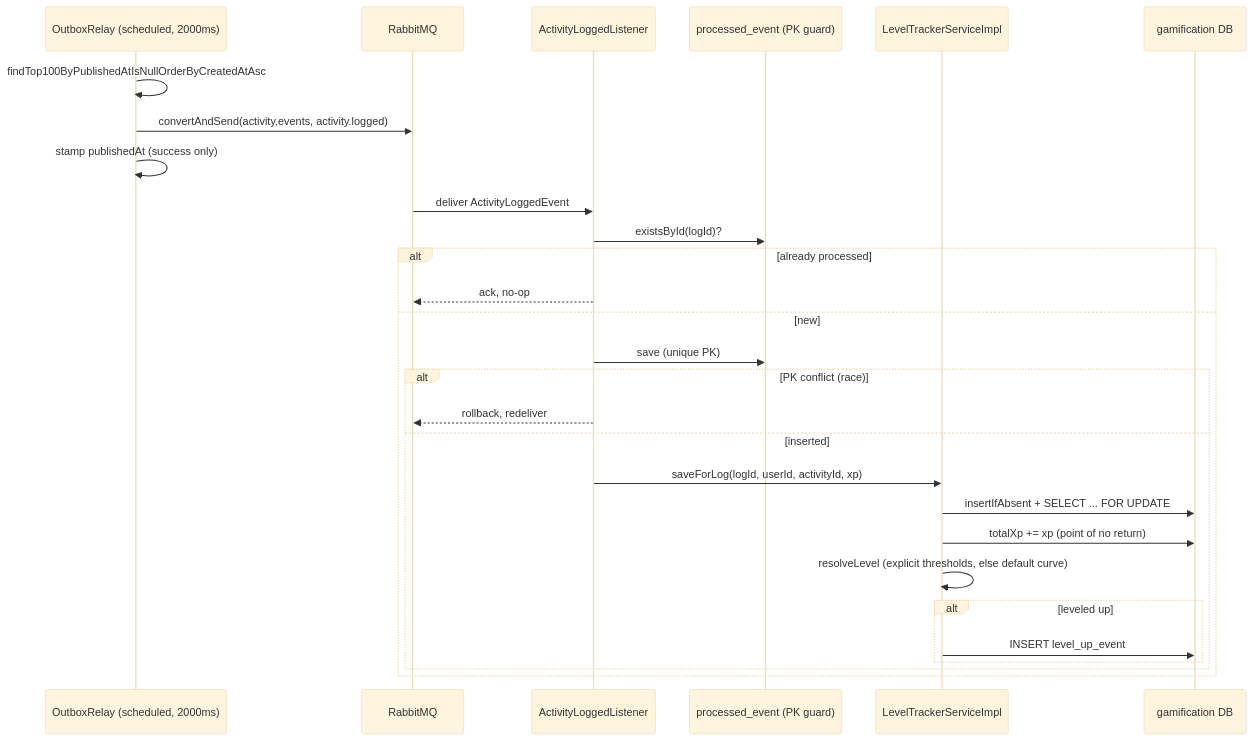
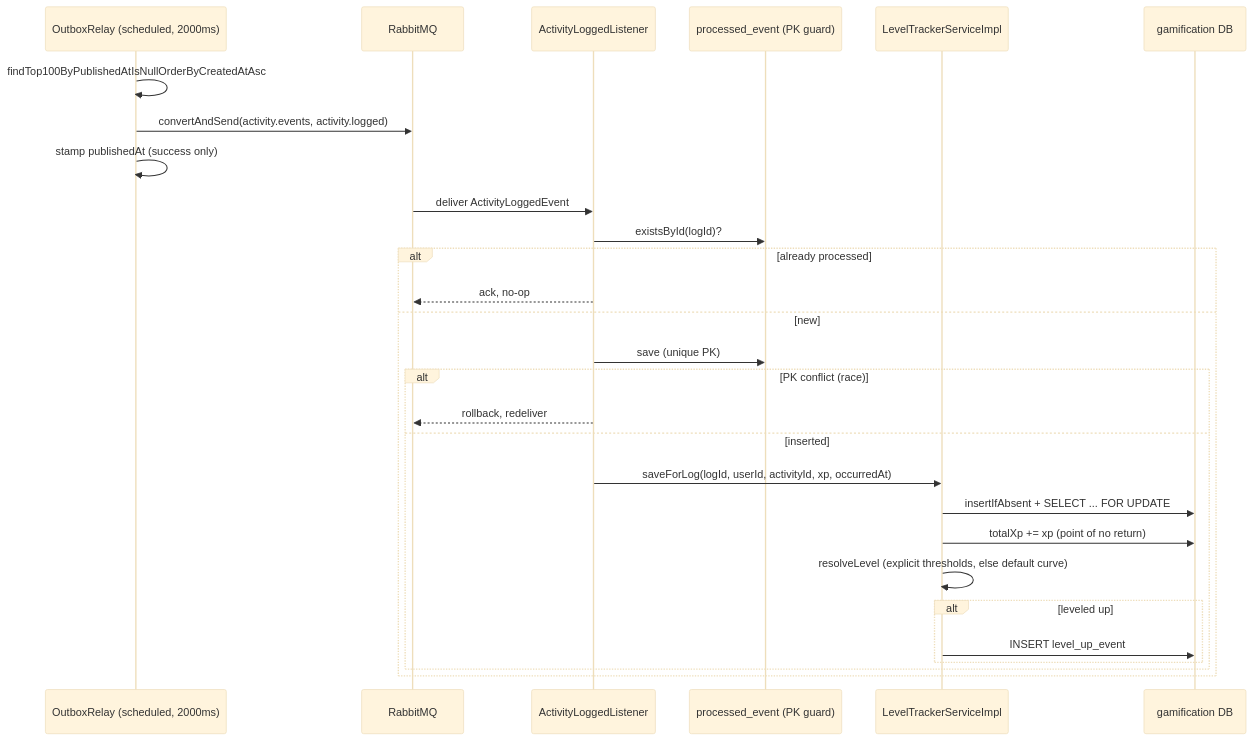
The fourth of 6 diagrams in docs/FLOWS.md (prashant-singh-2001/gamified_tracker), drawn with Mermaid (base theme) before and after one commit. The commit also changed other lines of this file and 40 other files, not shown here.

````diff
--- a/docs/FLOWS.md
+++ b/docs/FLOWS.md
@@ -350,31 +350,31 @@
 ```mermaid
 sequenceDiagram
     participant OR as OutboxRelay (scheduled, 2000ms)
     participant MQ as RabbitMQ
     participant AL as ActivityLoggedListener
     participant PE as processed_event (PK guard)
     participant LT as LevelTrackerServiceImpl
     participant DB as gamification DB
 
     OR->>OR: findTop100ByPublishedAtIsNullOrderByCreatedAtAsc
     OR->>MQ: convertAndSend(activity.events, activity.logged)
     OR->>OR: stamp publishedAt (success only)
     MQ->>AL: deliver ActivityLoggedEvent
     AL->>PE: existsById(logId)?
     alt already processed
         AL-->>MQ: ack, no-op
     else new
         AL->>PE: save (unique PK)
         alt PK conflict (race)
             AL-->>MQ: rollback, redeliver
         else inserted
-            AL->>LT: saveForLog(logId, userId, activityId, xp)
+            AL->>LT: saveForLog(logId, userId, activityId, xp, occurredAt)
             LT->>DB: insertIfAbsent + SELECT ... FOR UPDATE
             LT->>DB: totalXp += xp  (point of no return)
             LT->>LT: resolveLevel (explicit thresholds, else default curve)
             alt leveled up
                 LT->>DB: INSERT level_up_event
             end
         end
     end
 ```
````
